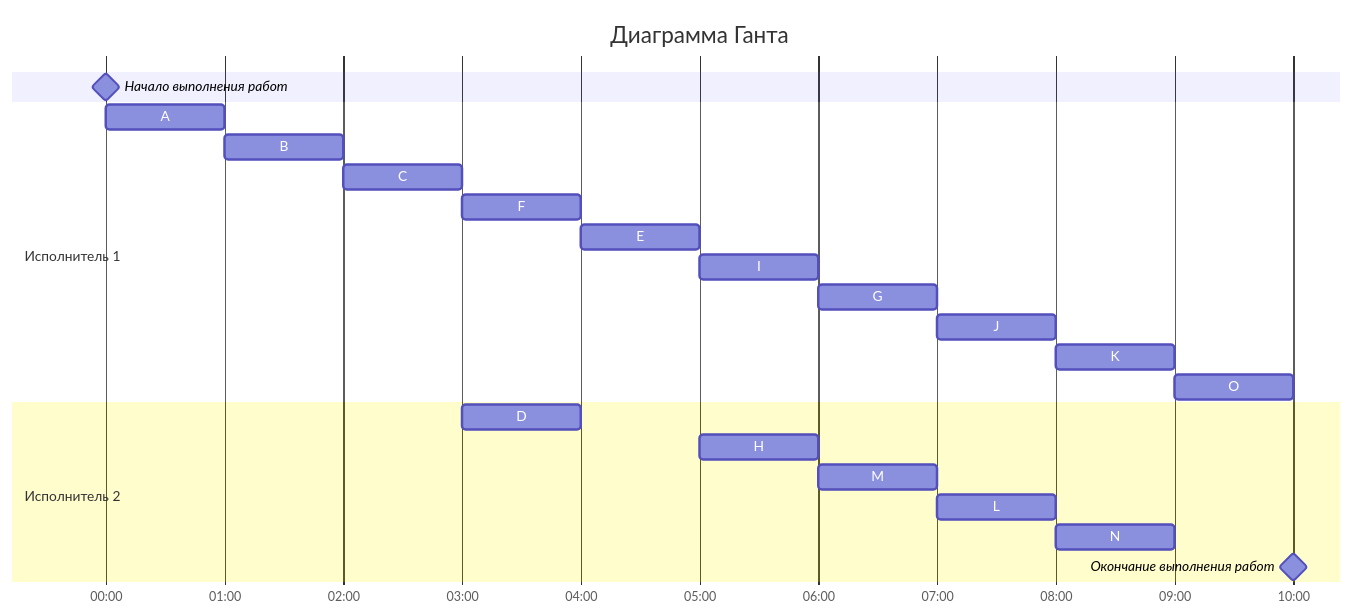
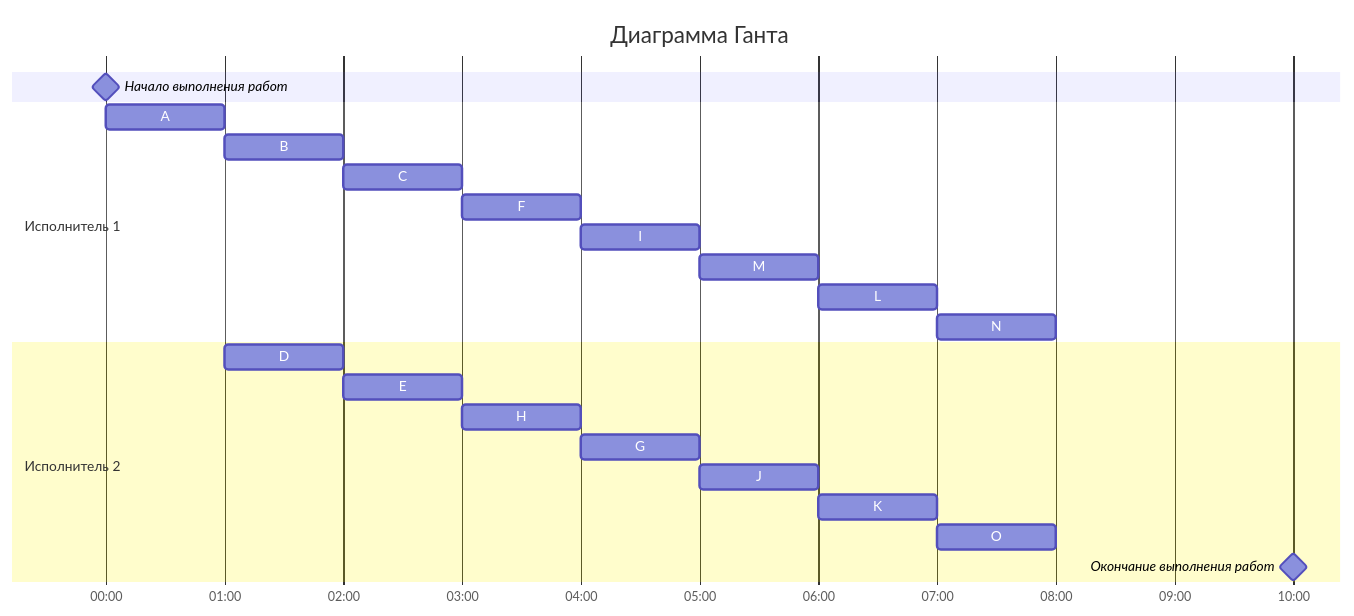
The fourth of 4 diagrams in task-7/biba-boba-task7.md (hse-algo-24-crow/manual-tasks-crow), drawn with Mermaid before and after one commit. The commit also changed other lines of this file, not shown here.

````diff
--- a/task-7/biba-boba-task7.md
+++ b/task-7/biba-boba-task7.md
@@ -101,25 +101,25 @@
 ```mermaid
 gantt
     title Диаграмма Ганта
     dateFormat HH:mm    
     axisFormat %H:%M
     Начало выполнения работ : milestone, m1, 00:00, 0h
     section Исполнитель 1
     A         :c, 00:00, 1h
     B         :i, after c, 1h    
     C         :e, after i, 1h    
     F         :h, after e, 1h
-    E         :a, after h, 1h
-    I         :b, after a, 1h
-    G         :k, after b, 1h
-    J         :m, after k, 1h
-    K         :t, after m, 1h
-    O         :v, after t, 1h
+    I         :a, after h, 1h
+    M         :b, after a, 1h
+    L         :k, after b, 1h
+    N         :m, after k, 1h
     section Исполнитель 2
-    D         :f, 03:00, 1h
-    H         :j, 05:00, 1h
-    M         :x, 06:00, 1h
-    L         :y, after x, 1h
-    N         :z, after y, 1h
+    D         :f, 01:00, 1h
+    E         :p, after f, 1h  
+    H         :j, after p, 1h  
+    G         :x, after j, 1h  
+    J         :y, after x, 1h
+    K         :z, after y, 1h
+    O         :o, after z, 1h
     Окончание выполнения работ : milestone, m2, 10:00, 0h
 ```
````
